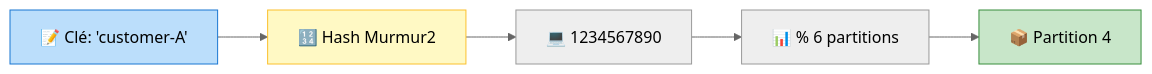
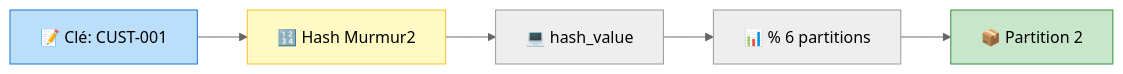
The second of 2 diagrams in day-01-foundations/module-02-producer/lab-1.2b-producer-keyed/README.md (msellamiTN/formation--kafka-dotnet), drawn with Mermaid (neutral theme) before and after one commit. The commit also changed other lines of this file and 8 other files, not shown here.

````diff
--- a/day-01-foundations/module-02-producer/lab-1.2b-producer-keyed/README.md
+++ b/day-01-foundations/module-02-producer/lab-1.2b-producer-keyed/README.md
@@ -173,11 +122,11 @@
 ```mermaid
 flowchart LR
-    A["📝 Clé: 'customer-A'"] --> B["🔢 Hash Murmur2"]
-    B --> C["💻 1234567890"]
+    A["📝 Clé: CUST-001"] --> B["🔢 Hash Murmur2"]
+    B --> C["💻 hash_value"]
     C --> D["📊 % 6 partitions"]
-    D --> E["📦 Partition 4"]
-    
+    D --> E["📦 Partition 2"]
+
     style A fill:#bbdefb,stroke:#1976d2
     style B fill:#fff9c4,stroke:#fbc02d
     style E fill:#c8e6c9,stroke:#388e3c
 ```
````
